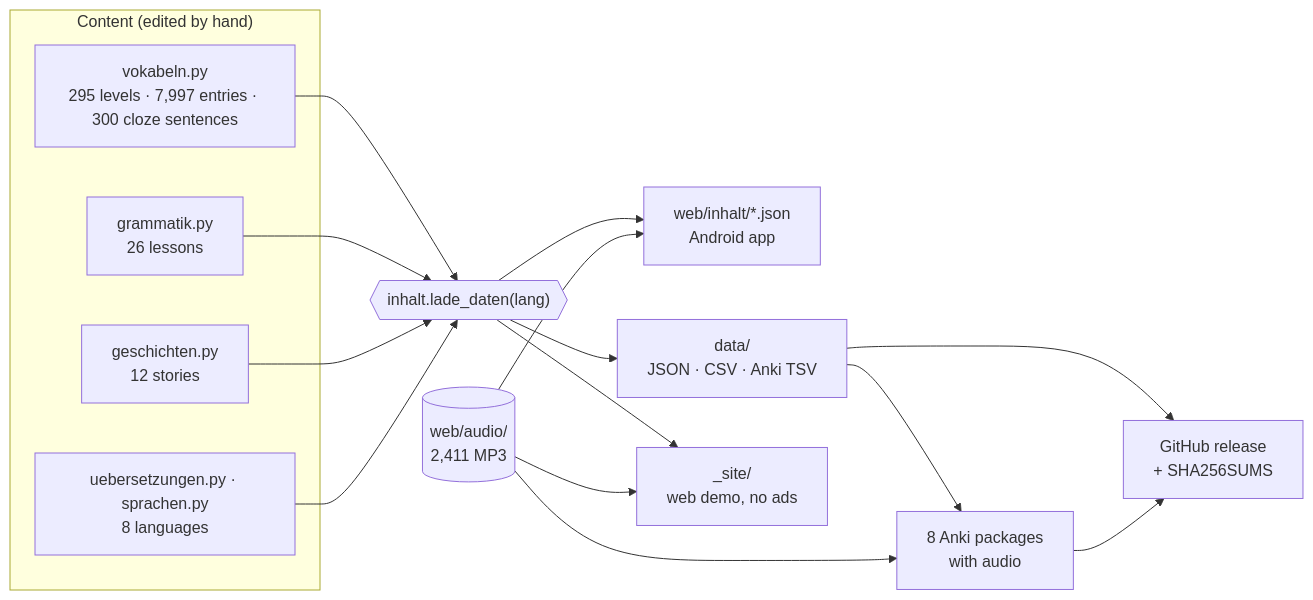
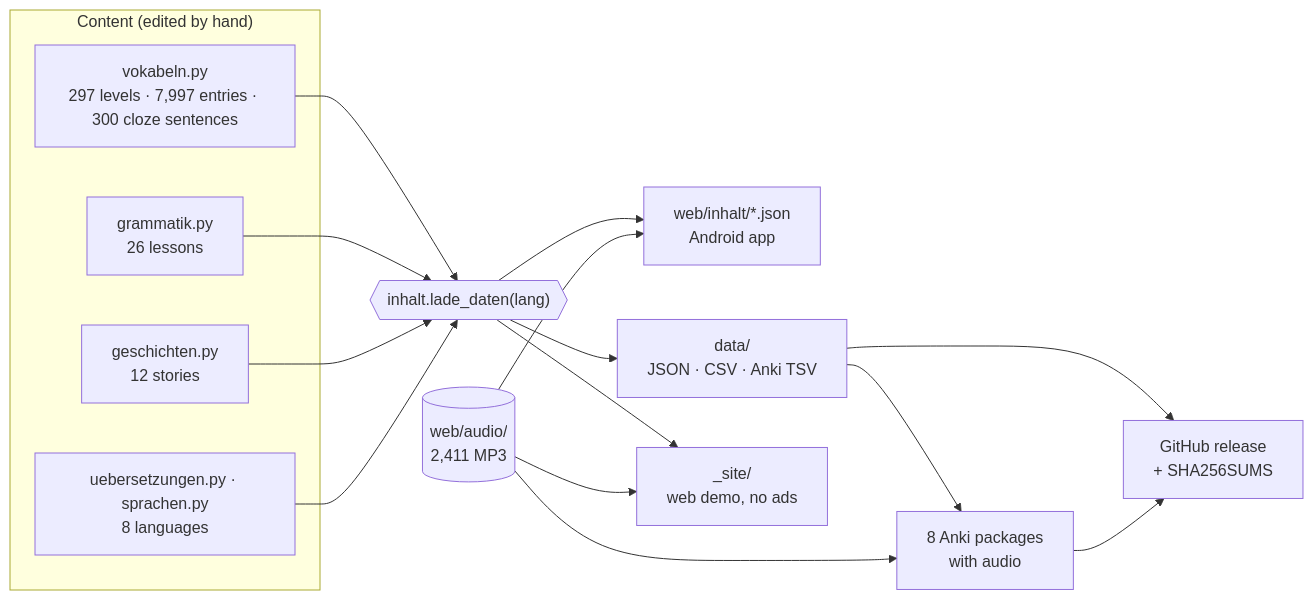
Before and after one commit to zmaj-lernapp/zmaj: the first of 2 diagrams in README.md, drawn with Mermaid. The commit also changed other lines of this file and 72 other files, not shown here.

````diff
--- a/README.md
+++ b/README.md
@@ -130,19 +130,19 @@
 ```mermaid
 flowchart LR
   subgraph src["Content (edited by hand)"]
-    V["vokabeln.py<br/>295 levels · 7,997 entries · 300 cloze sentences"]
+    V["vokabeln.py<br/>297 levels · 7,997 entries · 300 cloze sentences"]
     G["grammatik.py<br/>26 lessons"]
     S["geschichten.py<br/>12 stories"]
     U["uebersetzungen.py · sprachen.py<br/>8 languages"]
   end
   L{{"inhalt.lade_daten(lang)"}}
   V & G & S & U --> L
   A[("web/audio/<br/>2,411 MP3")]
   L --> APP["web/inhalt/*.json<br/>Android app"]
   L --> DS["data/<br/>JSON · CSV · Anki TSV"]
   L --> DEMO["_site/<br/>web demo, no ads"]
   DS --> ANKI["8 Anki packages<br/>with audio"]
   A --> APP & DEMO & ANKI
   DS --> REL["GitHub release<br/>+ SHA256SUMS"]
   ANKI --> REL
 ```
````
